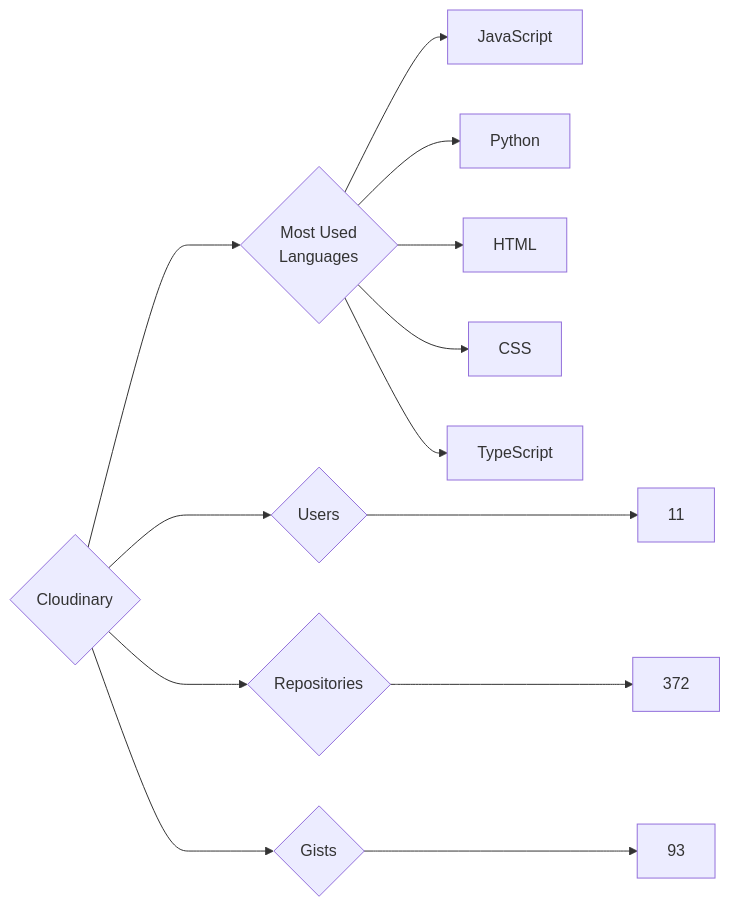
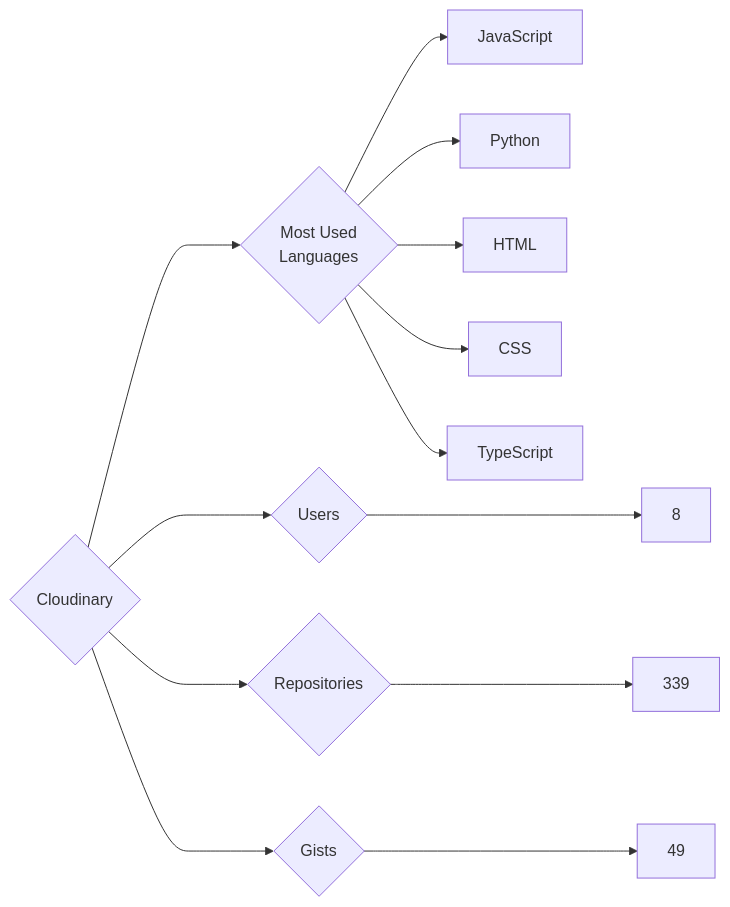
The diagram in targets/Cloudinary/README.md (trickest/insiders), drawn with Mermaid before and after one commit. The commit also changed 1170 other files, not shown here.

````diff
--- a/targets/Cloudinary/README.md
+++ b/targets/Cloudinary/README.md
@@ -3,13 +3,13 @@
 ```mermaid
 graph LR
 COMPANY_NAME{Cloudinary}
-COMPANY_NAME ---> U{Users} ---> UN[11]
-COMPANY_NAME ---> R{Repositories} ---> RN[372]
-COMPANY_NAME ---> G{Gists} ---> GN[93]
+COMPANY_NAME ---> U{Users} ---> UN[8]
+COMPANY_NAME ---> R{Repositories} ---> RN[339]
+COMPANY_NAME ---> G{Gists} ---> GN[49]
 COMPANY_NAME ---> ML{Most Used<br>Languages}
 ML --> JavaScript[JavaScript]
 ML --> Python[Python]
 ML --> HTML[HTML]
 ML --> CSS[CSS]
 ML --> TypeScript[TypeScript]
 ```
````
